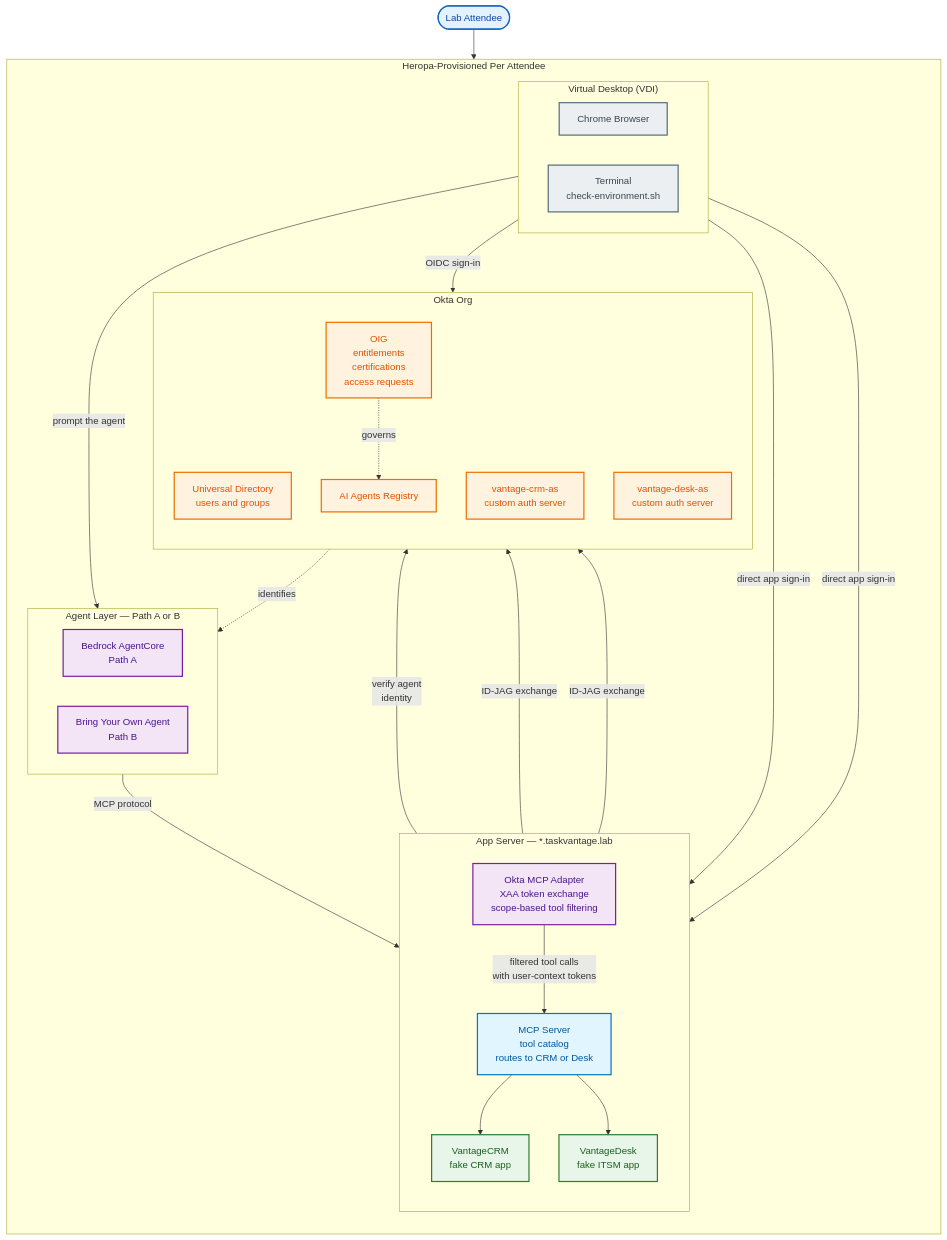
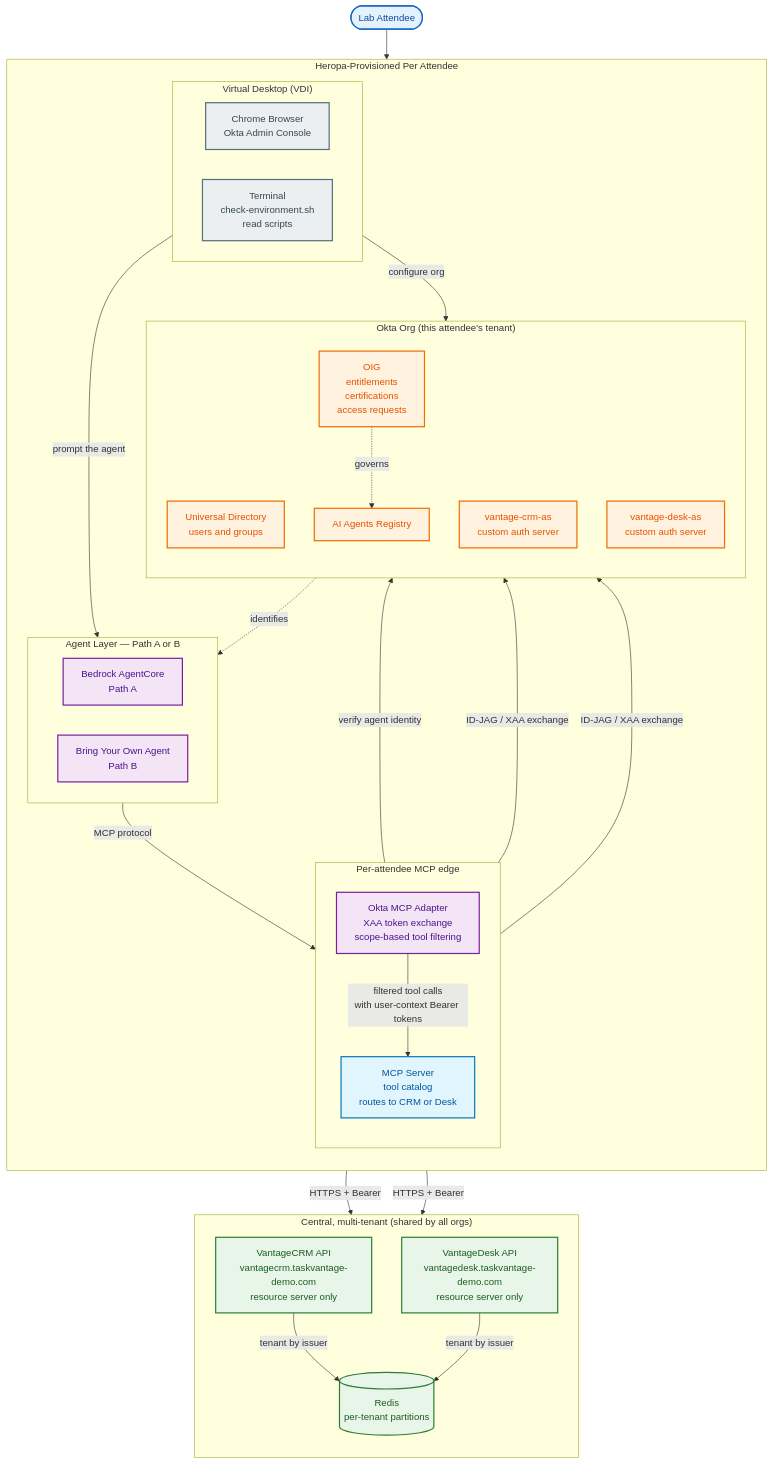
Before and after one commit to joevanhorn/04aa-tech-camp: the diagram in lab-architecture.md, drawn with Mermaid. The commit also changed other lines of this file and 7 other files, not shown here.

````diff
--- a/lab-architecture.md
+++ b/lab-architecture.md
@@ -9,68 +17,73 @@
 ```mermaid
 flowchart TB
     User([Lab Attendee])
 
     subgraph Heropa["Heropa-Provisioned Per Attendee"]
         direction TB
 
         subgraph VDI["Virtual Desktop (VDI)"]
             direction LR
-            Browser[Chrome Browser]
-            Terminal[Terminal<br>check-environment.sh]
+            Browser[Chrome Browser<br>Okta Admin Console]
+            Terminal[Terminal<br>check-environment.sh<br>read scripts]
         end
 
         subgraph AgentLayer["Agent Layer — Path A or B"]
             direction LR
             Bedrock[Bedrock AgentCore<br>Path A]
             BYO[Bring Your Own Agent<br>Path B]
         end
 
-        subgraph AppServer["App Server — *.taskvantage.lab"]
+        subgraph Edge["Per-attendee MCP edge"]
             direction TB
             Adapter[Okta MCP Adapter<br>XAA token exchange<br>scope-based tool filtering]
             MCP[MCP Server<br>tool catalog<br>routes to CRM or Desk]
-            CRM[VantageCRM<br>fake CRM app]
-            Desk[VantageDesk<br>fake ITSM app]
         end
 
-        subgraph Okta["Okta Org"]
+        subgraph Okta["Okta Org (this attendee's tenant)"]
             direction TB
             UD[Universal Directory<br>users and groups]
             AIRegistry[AI Agents Registry]
             CRMAS[vantage-crm-as<br>custom auth server]
             DeskAS[vantage-desk-as<br>custom auth server]
             OIG[OIG<br>entitlements<br>certifications<br>access requests]
         end
     end
 
+    subgraph Central["Central, multi-tenant (shared by all orgs)"]
+        direction TB
+        CRM[VantageCRM API<br>vantagecrm.taskvantage-demo.com<br>resource server only]
+        Desk[VantageDesk API<br>vantagedesk.taskvantage-demo.com<br>resource server only]
+        Redis[(Redis<br>per-tenant partitions)]
+    end
+
     User --> Browser
-    Browser -->|OIDC sign-in| UD
+    Browser -->|configure org| Okta
     Browser -->|prompt the agent| AgentLayer
-    Browser -->|direct app sign-in| CRM
-    Browser -->|direct app sign-in| Desk
 
     AgentLayer -->|MCP protocol| Adapter
-    Adapter -->|verify agent<br>identity| AIRegistry
-    Adapter -->|ID-JAG exchange| CRMAS
-    Adapter -->|ID-JAG exchange| DeskAS
-    Adapter -->|filtered tool calls<br>with user-context tokens| MCP
-    MCP --> CRM
-    MCP --> Desk
+    Adapter -->|verify agent identity| AIRegistry
+    Adapter -->|ID-JAG / XAA exchange| CRMAS
+    Adapter -->|ID-JAG / XAA exchange| DeskAS
+    Adapter -->|filtered tool calls<br>with user-context Bearer tokens| MCP
+    MCP -->|HTTPS + Bearer| CRM
+    MCP -->|HTTPS + Bearer| Desk
+    CRM -->|tenant by issuer| Redis
+    Desk -->|tenant by issuer| Redis
 
     OIG -.governs.-> AIRegistry
     AIRegistry -.identifies.-> AgentLayer
 
     classDef trigger fill:#e3f2fd,stroke:#1565c0,stroke-width:2px,color:#0d47a1
     classDef infra fill:#eceff1,stroke:#546e7a,stroke-width:2px,color:#37474f
     classDef oktaCore fill:#fff3e0,stroke:#ef6c00,stroke-width:2px,color:#e65100
     classDef workflow fill:#f3e5f5,stroke:#7b1fa2,stroke-width:2px,color:#4a148c
     classDef action fill:#e1f5fe,stroke:#0277bd,stroke-width:2px,color:#01579b
     classDef governance fill:#e8f5e9,stroke:#2e7d32,stroke-width:2px,color:#1b5e20
 
     class User trigger
     class Browser,Terminal infra
     class Bedrock,BYO,Adapter workflow
     class MCP action
-    class CRM,Desk governance
+    class CRM,Desk,Redis governance
     class UD,AIRegistry,CRMAS,DeskAS,OIG oktaCore
 ```
````
